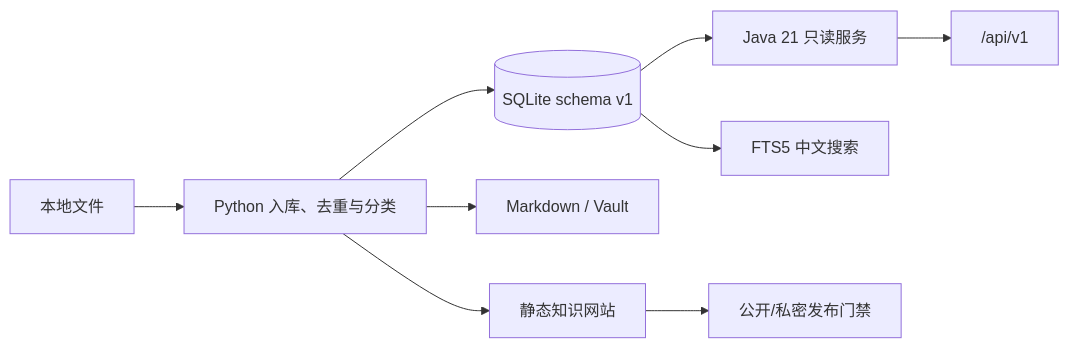
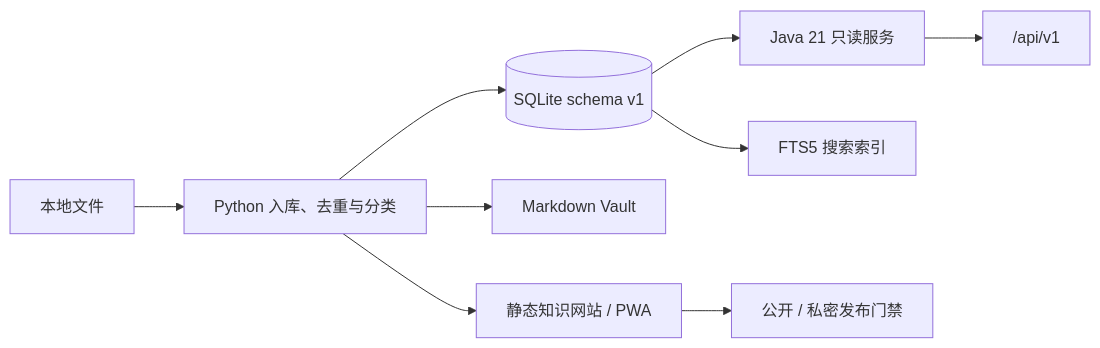
Before and after one commit to Eascaty/personal-knowledge-os: the diagram in README.md, drawn with Mermaid. The commit also changed other lines of this file and 1 other file, not shown here.

Commit message:
文档：重构用户指南并加入知识地图效果图

````diff
--- a/README.md
+++ b/README.md
@@ -26,11 +173,11 @@
 ```mermaid
 flowchart LR
     A["本地文件"] --> B["Python 入库、去重与分类"]
     B --> C[("SQLite schema v1")]
-    B --> D["Markdown / Vault"]
-    B --> E["静态知识网站"]
+    B --> D["Markdown Vault"]
+    B --> E["静态知识网站 / PWA"]
     C --> F["Java 21 只读服务"]
     F --> G["/api/v1"]
-    C --> H["FTS5 中文搜索"]
-    E --> I["公开/私密发布门禁"]
+    C --> H["FTS5 搜索索引"]
+    E --> I["公开 / 私密发布门禁"]
 ```
````
